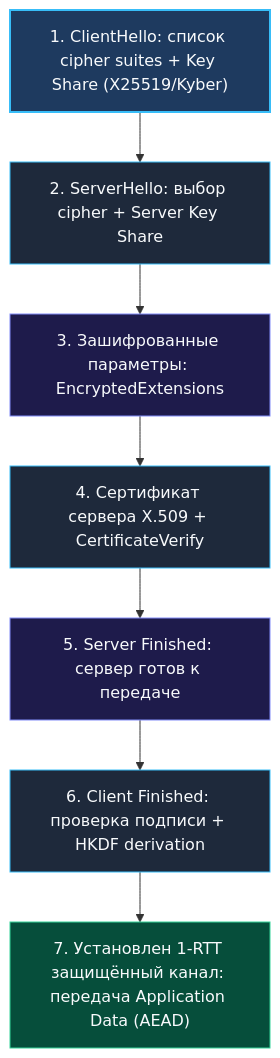
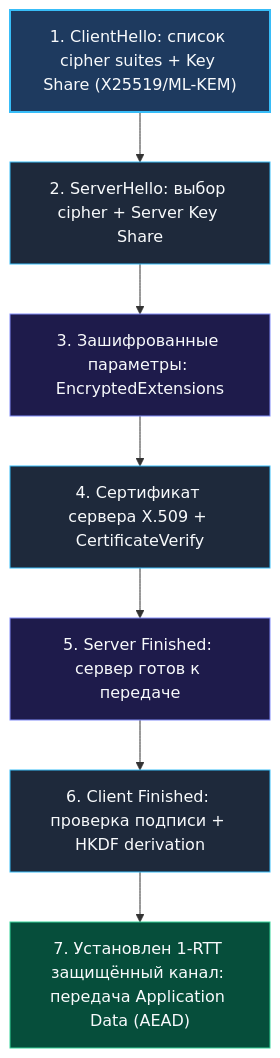
One commit to UnrealTemplier/go-textbook-ru changed the first of 3 diagrams in sources/22. Вопросы и ответы с собеседований по Go (Теория)/24. Безопасность.md. Above: the diagram before and after it, drawn with Mermaid. The commit also changed other lines of this file and 14 other files, not shown here.

````diff
--- a/sources/22. Вопросы и ответы с собеседований по Go (Теория)/24. Безопасность.md
+++ b/sources/22. Вопросы и ответы с собеседований по Go (Теория)/24. Безопасность.md
@@ -309,15 +309,15 @@
 ```mermaid
 flowchart TD
     classDef entry   fill:#1e3a5f,stroke:#38bdf8,stroke-width:2px,color:#f8fafc
     classDef process fill:#1e293b,stroke:#38bdf8,stroke-width:1px,color:#f8fafc
     classDef accent  fill:#1e1b4b,stroke:#818cf8,stroke-width:1px,color:#f8fafc
     classDef warning fill:#78350f,stroke:#fbbf24,stroke-width:1px,color:#f8fafc
     classDef success fill:#064e3b,stroke:#34d399,stroke-width:1px,color:#f8fafc
 
-    CH["1. ClientHello: список cipher suites + Key Share (X25519/Kyber)"]:::entry --> SH["2. ServerHello: выбор cipher + Server Key Share"]:::process
+    CH["1. ClientHello: список cipher suites + Key Share (X25519/ML-KEM)"]:::entry --> SH["2. ServerHello: выбор cipher + Server Key Share"]:::process
     SH --> EE["3. Зашифрованные параметры: EncryptedExtensions"]:::accent
     EE --> Cert["4. Сертификат сервера X.509 + CertificateVerify"]:::process
     Cert --> FinS["5. Server Finished: сервер готов к передаче"]:::accent
     FinS --> FinC["6. Client Finished: проверка подписи + HKDF derivation"]:::process
     FinC --> Data["7. Установлен 1-RTT защищённый канал: передача Application Data (AEAD)"]:::success
 ```
````
